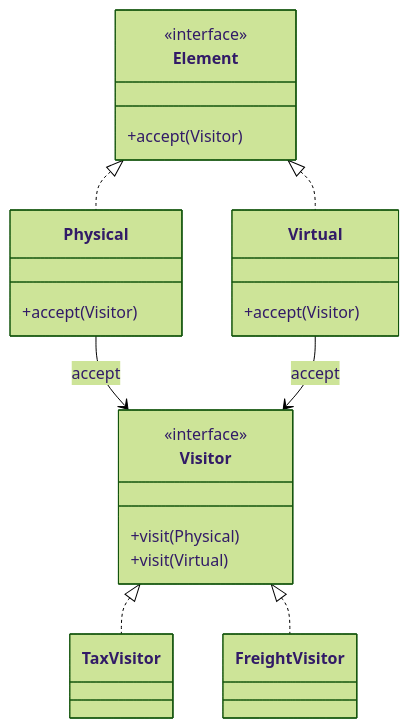
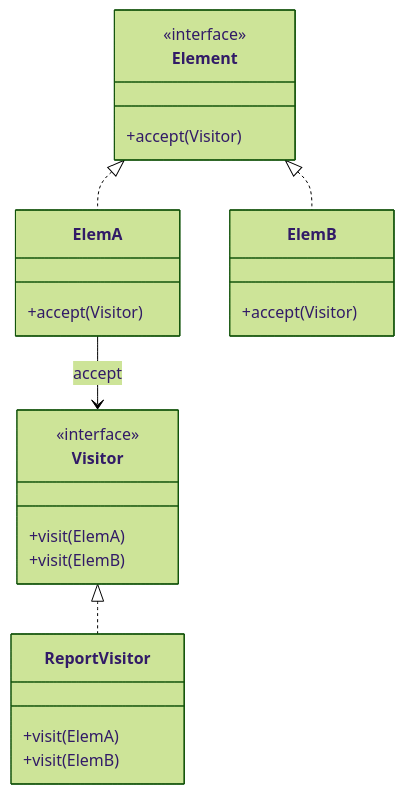
One commit to chongyang211/YCBookBlog changed the fourth of 7 diagrams in docs/08.编程/03.巧学设计模式/22.访问者模式设计思想.md. Above: the diagram before and after it, drawn with Mermaid (forest theme). The commit also changed other lines of this file and 13 other files, not shown here.

````diff
--- a/docs/08.编程/03.巧学设计模式/22.访问者模式设计思想.md
+++ b/docs/08.编程/03.巧学设计模式/22.访问者模式设计思想.md
@@ -235,26 +346,26 @@
 ```mermaid
 classDiagram
     class Element {
         <<interface>>
         +accept(Visitor)
     }
-    class Physical {
+    class ElemA {
         +accept(Visitor)
     }
-    class Virtual {
+    class ElemB {
         +accept(Visitor)
     }
     class Visitor {
         <<interface>>
-        +visit(Physical)
-        +visit(Virtual)
+        +visit(ElemA)
+        +visit(ElemB)
     }
-    class TaxVisitor
-    class FreightVisitor
-    Element <|.. Physical
-    Element <|.. Virtual
-    Visitor <|.. TaxVisitor
-    Visitor <|.. FreightVisitor
-    Physical --> Visitor : accept
-    Virtual --> Visitor : accept
+    class ReportVisitor {
+        +visit(ElemA)
+        +visit(ElemB)
+    }
+    Element <|.. ElemA
+    Element <|.. ElemB
+    Visitor <|.. ReportVisitor
+    ElemA --> Visitor : accept
 ```
````
